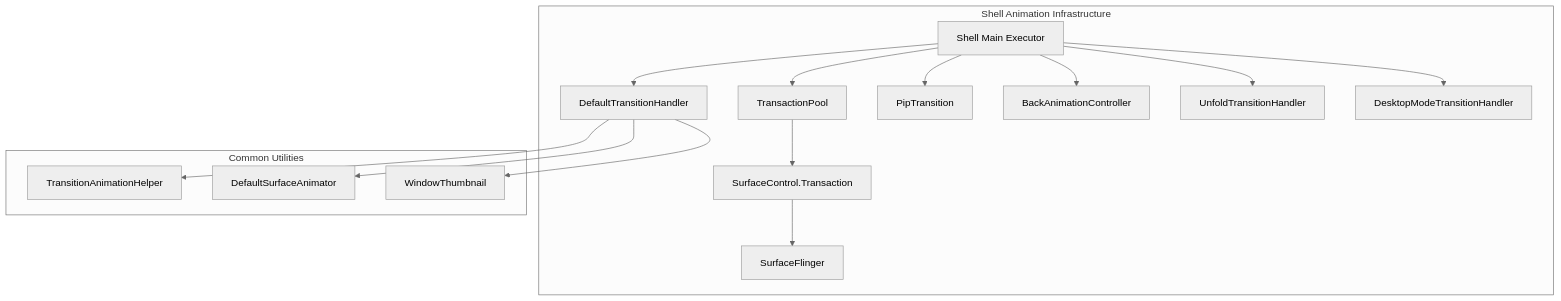
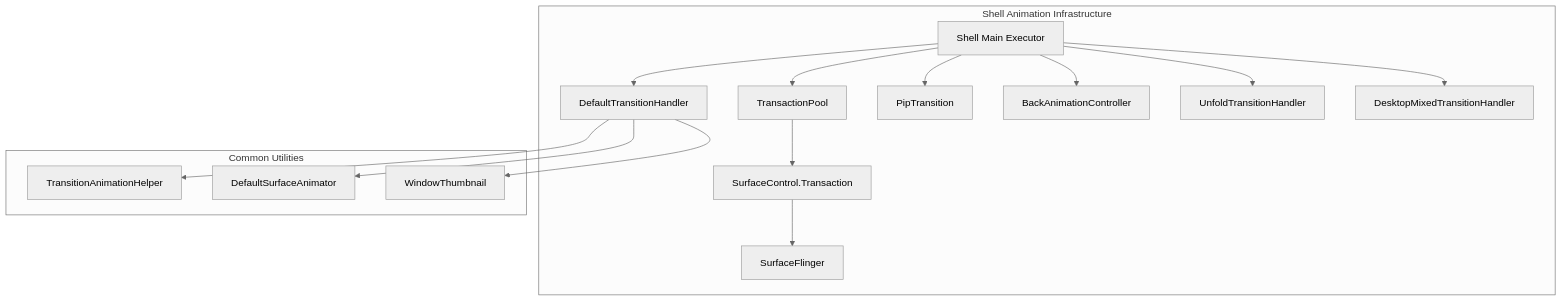
Diagram 42 of 47 in 14-animation-system.md (aospbooks/aosp-internal-book), drawn with Mermaid (neutral theme) before and after one commit. The commit also changed other lines of this file and 218 other files, not shown here.

````diff
--- a/14-animation-system.md
+++ b/14-animation-system.md
@@ -3875,24 +3945,24 @@
 ```mermaid
 graph TD
     subgraph "Shell Animation Infrastructure"
         ME[Shell Main Executor] --> TC[TransactionPool]
         TC --> TXN[SurfaceControl.Transaction]
         TXN --> SF[SurfaceFlinger]
 
         ME --> DTH[DefaultTransitionHandler]
         ME --> PIP[PipTransition]
         ME --> BAC[BackAnimationController]
         ME --> UF[UnfoldTransitionHandler]
-        ME --> DM[DesktopModeTransitionHandler]
+        ME --> DM[DesktopMixedTransitionHandler]
     end
 
     subgraph "Common Utilities"
         TAH[TransitionAnimationHelper]
         DSA[DefaultSurfaceAnimator]
         WT[WindowThumbnail]
     end
 
     DTH --> TAH
     DTH --> DSA
     DTH --> WT
 ```
````
